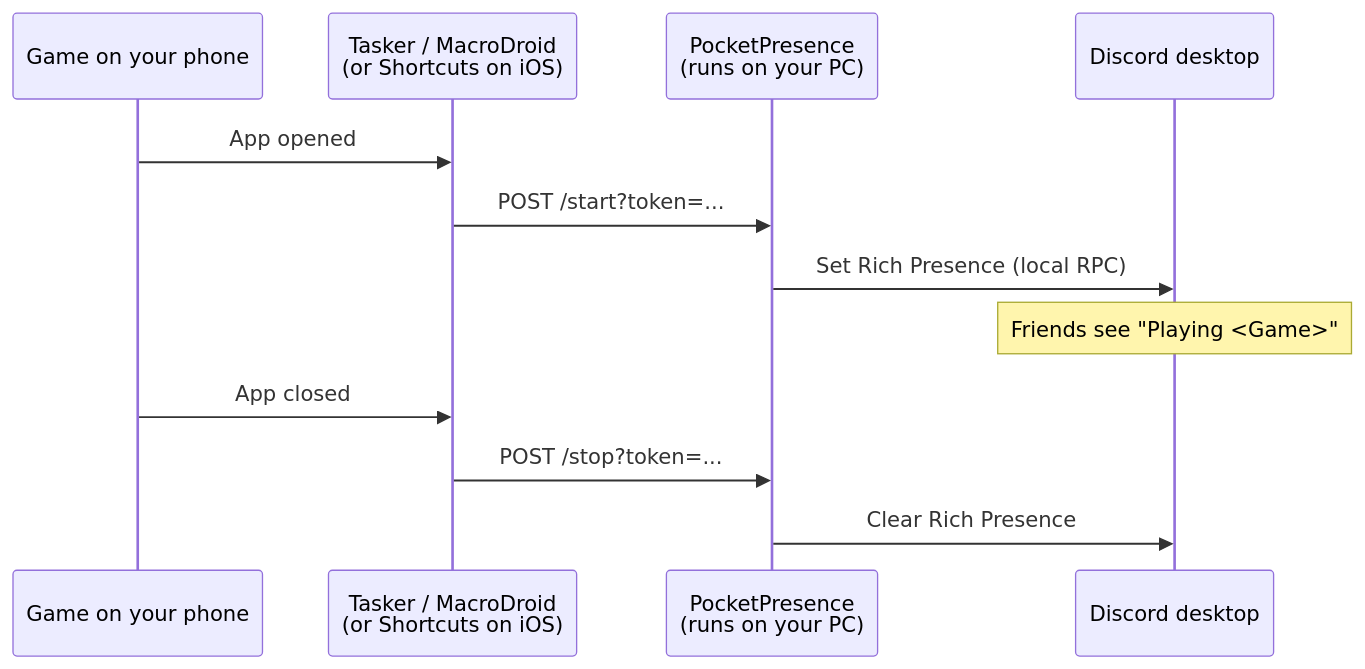
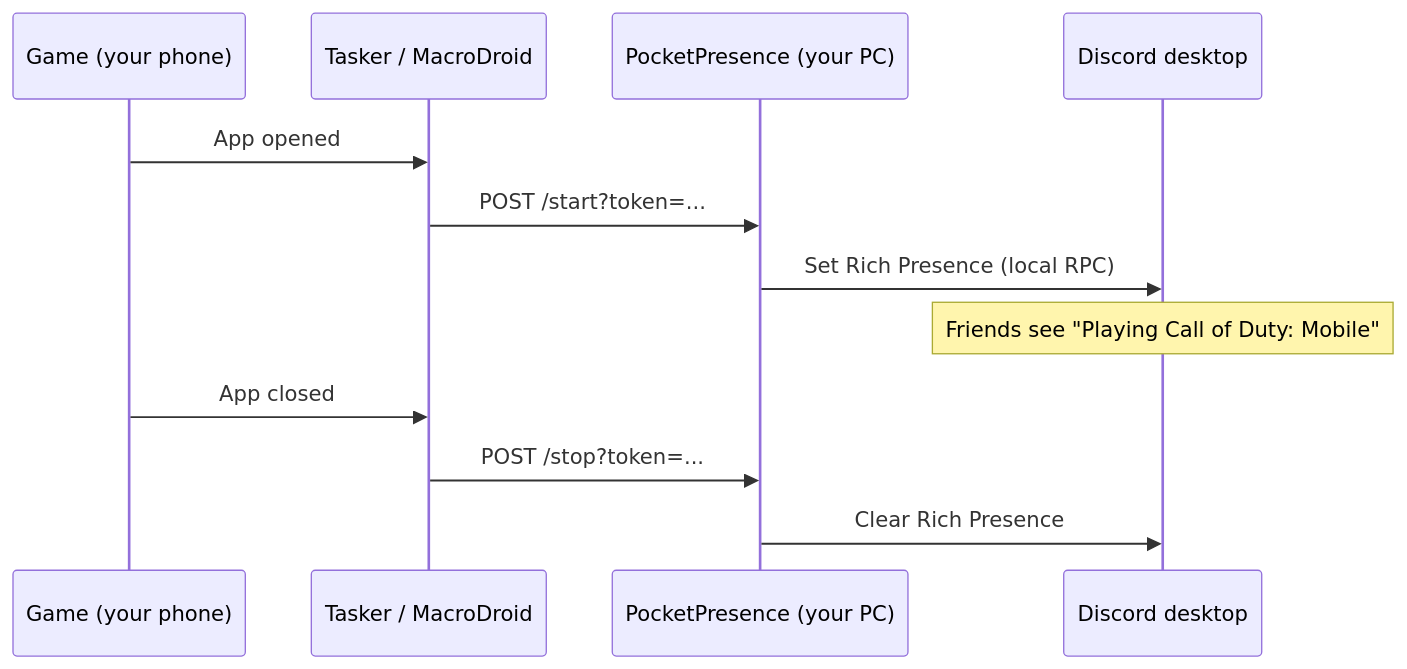
The diagram in README.md (krishnaakshath/pocket-presence), drawn with Mermaid before and after one commit.

Commit message:
fix: remove HTML-like angle brackets breaking GitHub's Mermaid render
<Game> in the Note text was being parsed as an HTML tag by GitHub's
Mermaid renderer, crashing the whole diagram. Replaced with the
concrete example text used everywhere else in the README, and
dropped <br> from participant aliases as a precaution.

````diff
--- a/README.md
+++ b/README.md
@@ -37,16 +37,16 @@
 ```mermaid
 sequenceDiagram
-    participant Game as Game on your phone
-    participant Auto as Tasker / MacroDroid<br>(or Shortcuts on iOS)
-    participant Bridge as PocketPresence<br>(runs on your PC)
+    participant Game as Game (your phone)
+    participant Auto as Tasker / MacroDroid
+    participant Bridge as PocketPresence (your PC)
     participant Discord as Discord desktop
 
     Game->>Auto: App opened
     Auto->>Bridge: POST /start?token=...
     Bridge->>Discord: Set Rich Presence (local RPC)
-    Note over Discord: Friends see "Playing <Game>"
+    Note over Discord: Friends see "Playing Call of Duty: Mobile"
 
     Game->>Auto: App closed
     Auto->>Bridge: POST /stop?token=...
     Bridge->>Discord: Clear Rich Presence
 ```
````
